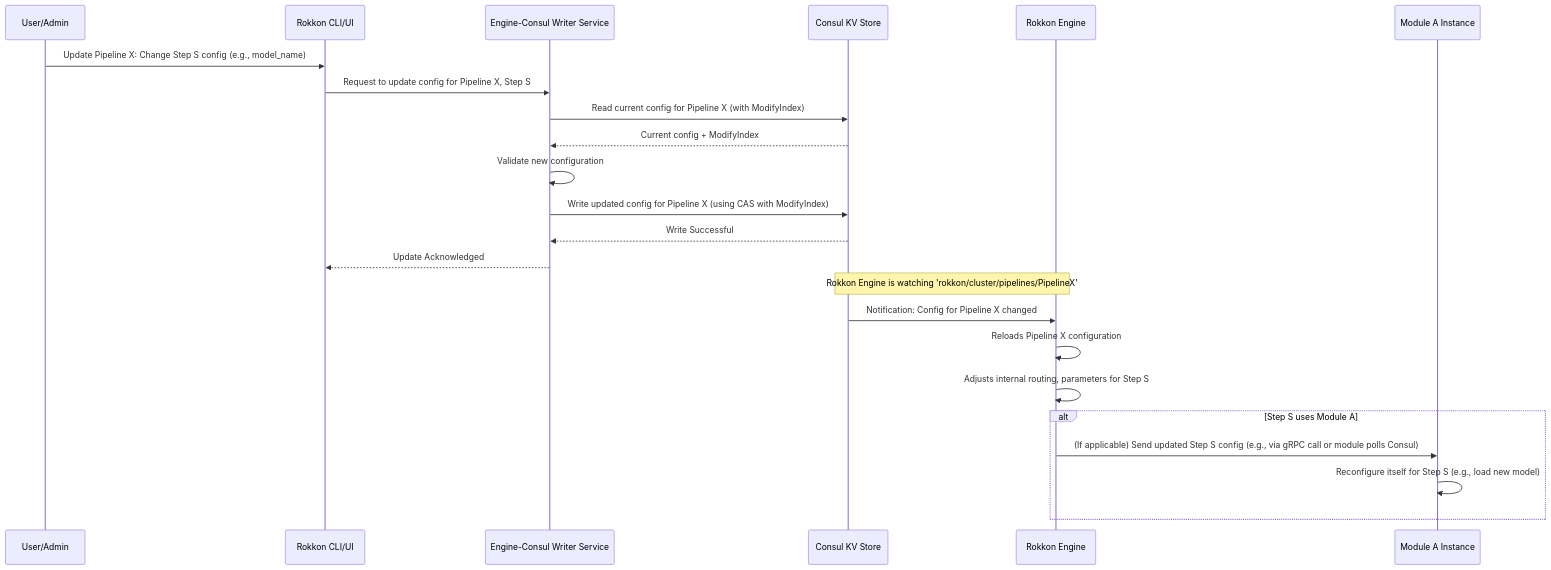
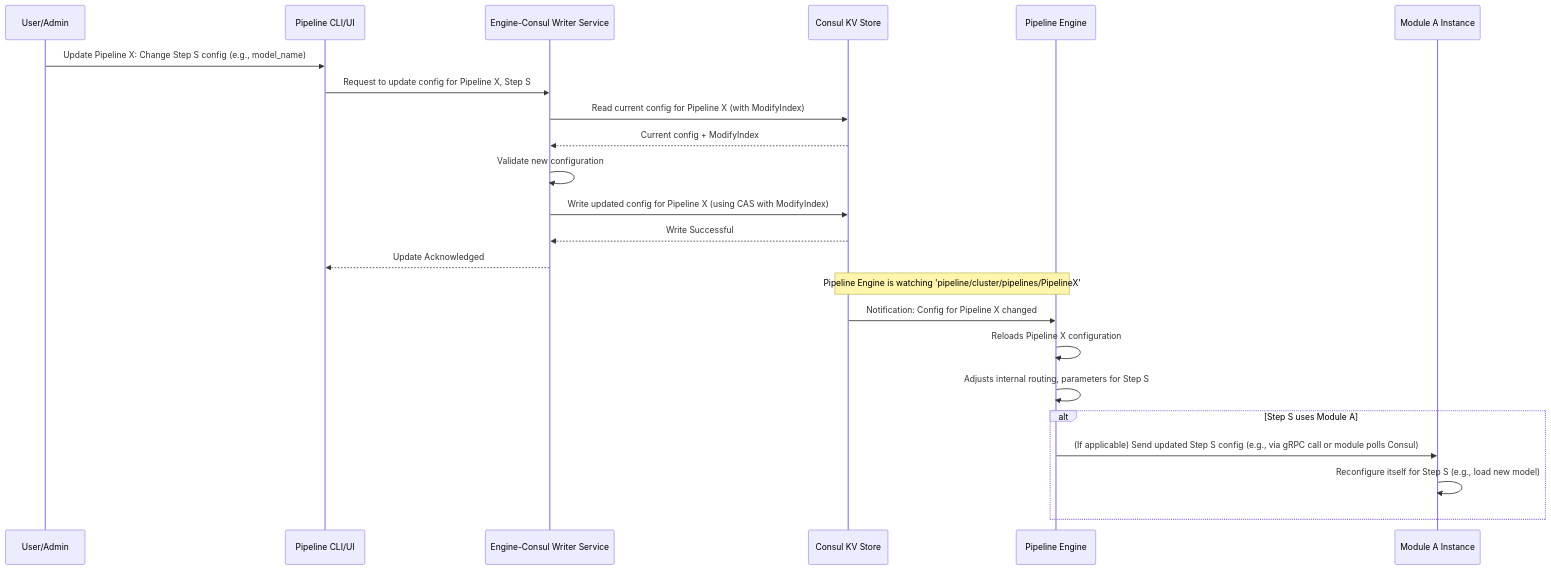
The second of 2 diagrams in ARCHITECTURE/Pipeline_design.md (krickert/rokkon), drawn with Mermaid before and after one commit. The commit also changed other lines of this file and 75 other files, not shown here.

````diff
--- a/ARCHITECTURE/Pipeline_design.md
+++ b/ARCHITECTURE/Pipeline_design.md
@@ -105,29 +105,29 @@
 ```mermaid
 
 sequenceDiagram
     participant User/Admin as User/Admin
-    participant RokkonCLI as Rokkon CLI/UI
+    participant PipelineCLI as Pipeline CLI/UI
     participant EngineConsulWriter as Engine-Consul Writer Service
     participant ConsulKV as Consul KV Store
-    participant RokkonEngine as Rokkon Engine
+    participant PipelineEngine as Pipeline Engine
     participant ModuleA as Module A Instance
 
-    User/Admin ->> RokkonCLI: Update Pipeline X: Change Step S config (e.g., model_name)
-    RokkonCLI ->> EngineConsulWriter: Request to update config for Pipeline X, Step S
+    User/Admin ->> PipelineCLI: Update Pipeline X: Change Step S config (e.g., model_name)
+    PipelineCLI ->> EngineConsulWriter: Request to update config for Pipeline X, Step S
     EngineConsulWriter ->> ConsulKV: Read current config for Pipeline X (with ModifyIndex)
     ConsulKV -->> EngineConsulWriter: Current config + ModifyIndex
     EngineConsulWriter ->> EngineConsulWriter: Validate new configuration
     EngineConsulWriter ->> ConsulKV: Write updated config for Pipeline X (using CAS with ModifyIndex)
     ConsulKV -->> EngineConsulWriter: Write Successful
-    EngineConsulWriter -->> RokkonCLI: Update Acknowledged
+    EngineConsulWriter -->> PipelineCLI: Update Acknowledged
 
-    Note over ConsulKV, RokkonEngine: Rokkon Engine is watching 'rokkon/cluster/pipelines/PipelineX'
-    ConsulKV ->> RokkonEngine: Notification: Config for Pipeline X changed
-    RokkonEngine ->> RokkonEngine: Reloads Pipeline X configuration
-    RokkonEngine ->> RokkonEngine: Adjusts internal routing, parameters for Step S
+    Note over ConsulKV, PipelineEngine: Pipeline Engine is watching 'pipeline/cluster/pipelines/PipelineX'
+    ConsulKV ->> PipelineEngine: Notification: Config for Pipeline X changed
+    PipelineEngine ->> PipelineEngine: Reloads Pipeline X configuration
+    PipelineEngine ->> PipelineEngine: Adjusts internal routing, parameters for Step S
 
     alt Step S uses Module A
-        RokkonEngine ->> ModuleA: (If applicable) Send updated Step S config (e.g., via gRPC call or module polls Consul)
+        PipelineEngine ->> ModuleA: (If applicable) Send updated Step S config (e.g., via gRPC call or module polls Consul)
         ModuleA ->> ModuleA: Reconfigure itself for Step S (e.g., load new model)
     end
 ```
````
